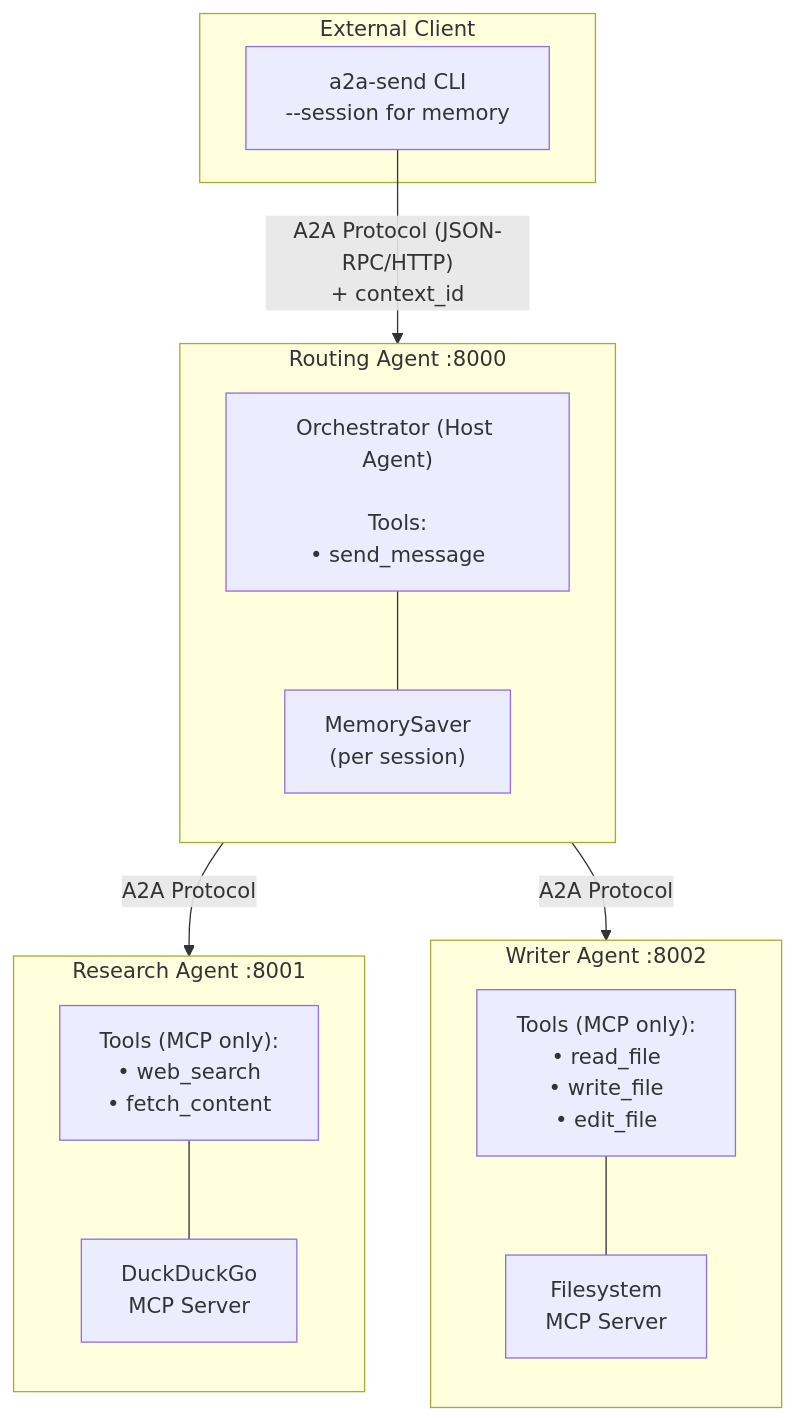
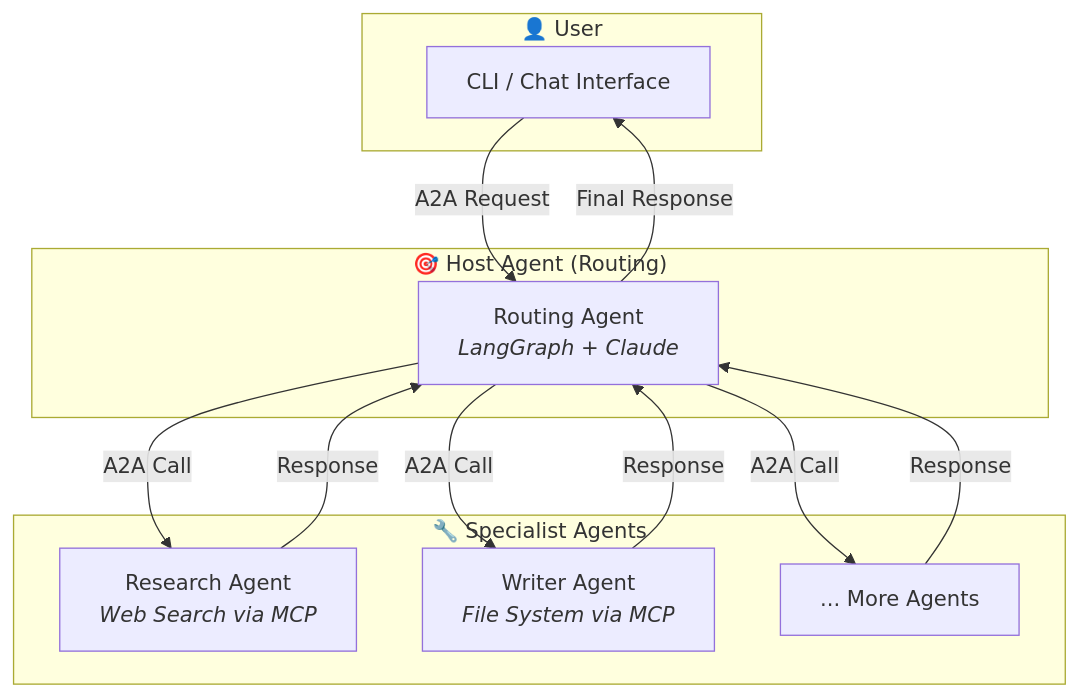
One commit to vidya-hub/a2a-orchestrator changed the first of 4 diagrams in README.md. Above: the diagram before and after it, drawn with Mermaid.

Commit message:
feat: Update README to enhance flowchart and clarify agent roles

````diff
--- a/README.md
+++ b/README.md
@@ -7,32 +7,21 @@
 ```mermaid
 flowchart TB
-    subgraph Client["External Client"]
-        CLI["a2a-send CLI<br/>--session for memory"]
+    subgraph User["👤 User"]
+        CLI["CLI / Chat Interface"]
+    end
+    subgraph Host["🎯 Host Agent (Routing)"]
+        Router["Routing Agent<br/><i>LangGraph + Claude</i>"]
+    end
+    subgraph Specialists["🔧 Specialist Agents"]
+        Research["Research Agent<br/><i>Web Search via MCP</i>"]
+        Writer["Writer Agent<br/><i>File System via MCP</i>"]
+        More["... More Agents"]
     end
 
-    CLI -->|"A2A Protocol (JSON-RPC/HTTP)<br/>+ context_id"| Routing
-
-    subgraph Routing["Routing Agent :8000"]
-        direction TB
-        Router["Orchestrator (Host Agent)<br/><br/>Tools:<br/>• send_message"]
-        Memory["MemorySaver<br/>(per session)"]
-        Router --- Memory
-    end
-
-    Routing -->|"A2A Protocol"| Research
-    Routing -->|"A2A Protocol"| Writer
-
-    subgraph Research["Research Agent :8001"]
-        direction TB
-        ResearchTools["Tools (MCP only):<br/>• web_search<br/>• fetch_content"]
-        DDG["DuckDuckGo<br/>MCP Server"]
-        ResearchTools --- DDG
-    end
-
-    subgraph Writer["Writer Agent :8002"]
-        direction TB
-        WriterTools["Tools (MCP only):<br/>• read_file<br/>• write_file<br/>• edit_file"]
-        FS["Filesystem<br/>MCP Server"]
-        WriterTools --- FS
-    end
+    CLI -- A2A Request --> Router
+    Router -- A2A Call --> Research & Writer & More
+    Research -- Response --> Router
+    Writer -- Response --> Router
+    More -- Response --> Router
+    Router -- Final Response --> CLI
 ```
````
